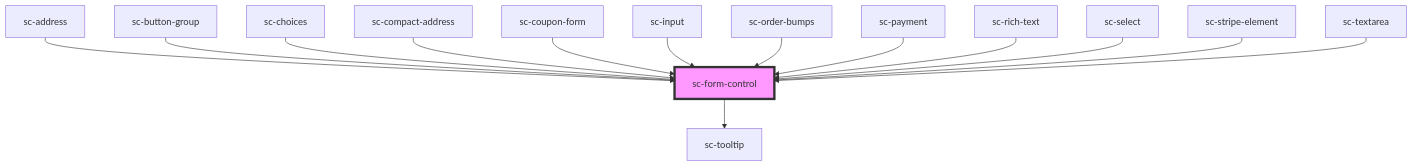
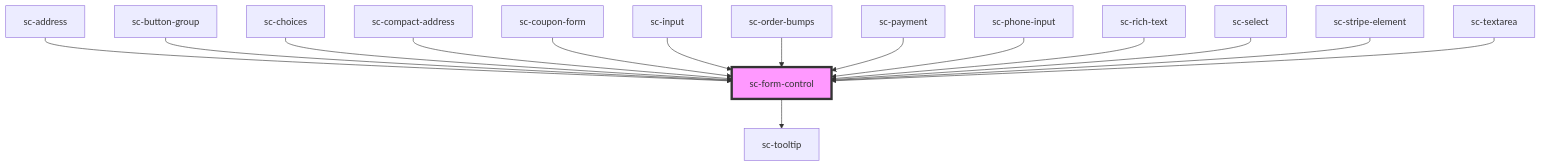
Before and after one commit to surecart/surecart-wp-plugin: the diagram in packages/components/src/components/ui/form-control/readme.md, drawn with Mermaid. The commit also changed other lines of this file and 23 other files, not shown here.

````diff
--- a/packages/components/src/components/ui/form-control/readme.md
+++ b/packages/components/src/components/ui/form-control/readme.md
@@ -57,17 +58,18 @@
 ```mermaid
 graph TD;
   sc-form-control --> sc-tooltip
   sc-address --> sc-form-control
   sc-button-group --> sc-form-control
   sc-choices --> sc-form-control
   sc-compact-address --> sc-form-control
   sc-coupon-form --> sc-form-control
   sc-input --> sc-form-control
   sc-order-bumps --> sc-form-control
   sc-payment --> sc-form-control
+  sc-phone-input --> sc-form-control
   sc-rich-text --> sc-form-control
   sc-select --> sc-form-control
   sc-stripe-element --> sc-form-control
   sc-textarea --> sc-form-control
   style sc-form-control fill:#f9f,stroke:#333,stroke-width:4px
 ```
````
